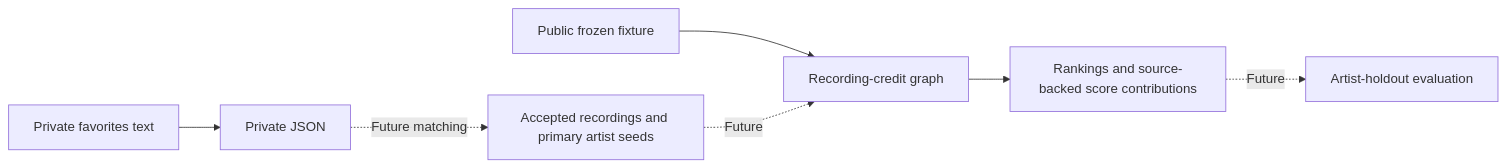
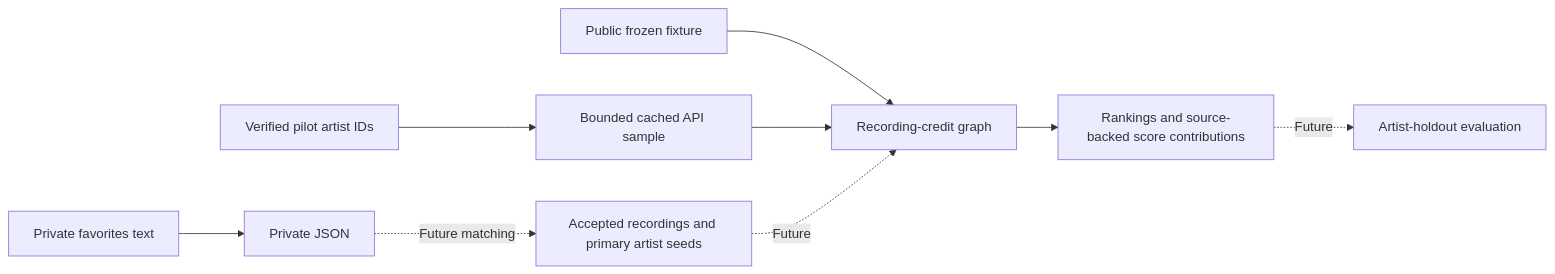
Before and after one commit to jszala/music_recommender: the diagram in README.md, drawn with Mermaid. The commit also changed other lines of this file and 8 other files, not shown here.

````diff
--- a/README.md
+++ b/README.md
@@ -29,9 +32,11 @@
 ```mermaid
 flowchart LR
     A[Private favorites text] --> B[Private JSON]
     B -. Future matching .-> C[Accepted recordings and primary artist seeds]
     F[Public frozen fixture] --> D[Recording-credit graph]
+    H[Verified pilot artist IDs] --> I[Bounded cached API sample]
+    I --> D
     C -. Future .-> D
     D --> E[Rankings and source-backed score contributions]
     E -. Future .-> G[Artist-holdout evaluation]
 ```
````
